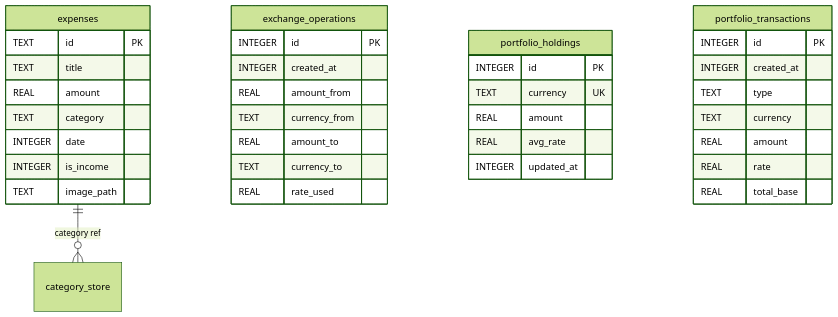
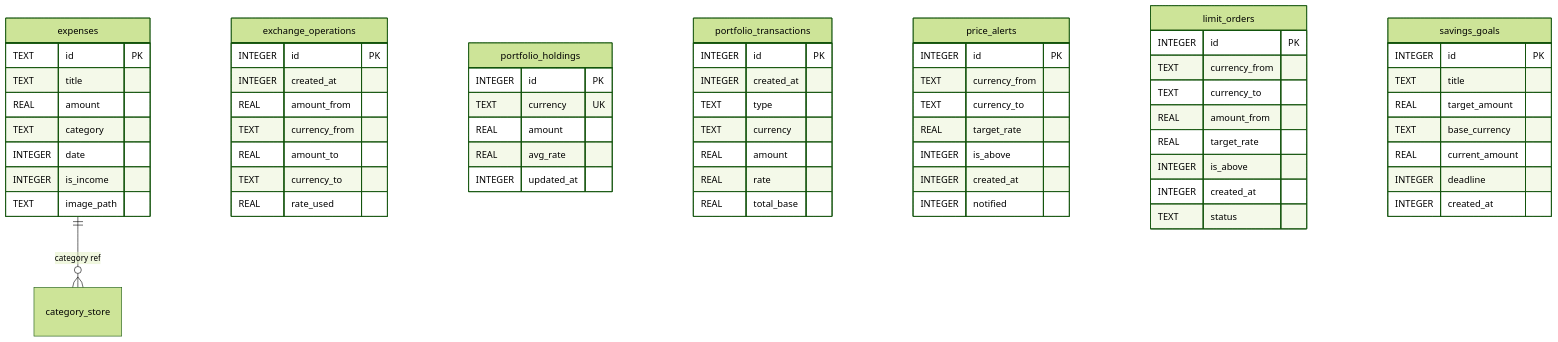
One commit to Valerijkk/fin_control changed the diagram in docs/testing/features/00-schema-bd.md. Above: the diagram before and after it, drawn with Mermaid (forest theme). The commit also changed other lines of this file and 103 other files, not shown here.

````diff
--- a/docs/testing/features/00-schema-bd.md
+++ b/docs/testing/features/00-schema-bd.md
@@ -7,41 +7,72 @@
 ```mermaid
 erDiagram
   expenses ||--o{ category_store : "category ref"
   expenses {
     TEXT id PK
     TEXT title
     REAL amount
     TEXT category
     INTEGER date
     INTEGER is_income
     TEXT image_path
   }
 
   exchange_operations {
     INTEGER id PK
     INTEGER created_at
     REAL amount_from
     TEXT currency_from
     REAL amount_to
     TEXT currency_to
     REAL rate_used
   }
 
   portfolio_holdings {
     INTEGER id PK
     TEXT currency UK
     REAL amount
     REAL avg_rate
     INTEGER updated_at
   }
 
   portfolio_transactions {
     INTEGER id PK
     INTEGER created_at
     TEXT type
     TEXT currency
     REAL amount
     REAL rate
     REAL total_base
   }
+
+  price_alerts {
+    INTEGER id PK
+    TEXT currency_from
+    TEXT currency_to
+    REAL target_rate
+    INTEGER is_above
+    INTEGER created_at
+    INTEGER notified
+  }
+
+  limit_orders {
+    INTEGER id PK
+    TEXT currency_from
+    TEXT currency_to
+    REAL amount_from
+    REAL target_rate
+    INTEGER is_above
+    INTEGER created_at
+    TEXT status
+  }
+
+  savings_goals {
+    INTEGER id PK
+    TEXT title
+    REAL target_amount
+    TEXT base_currency
+    REAL current_amount
+    INTEGER deadline
+    INTEGER created_at
+  }
 ```
````
